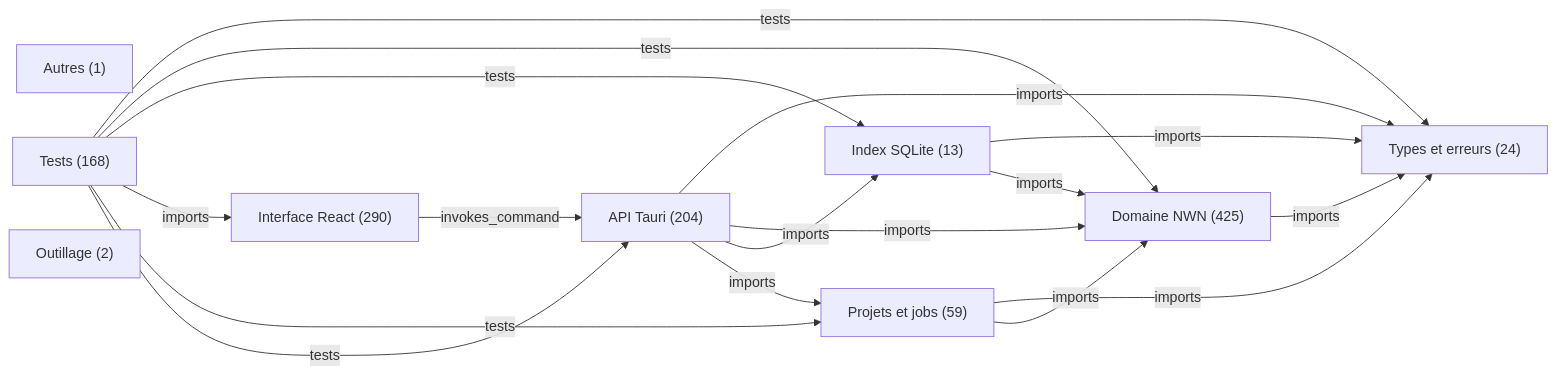
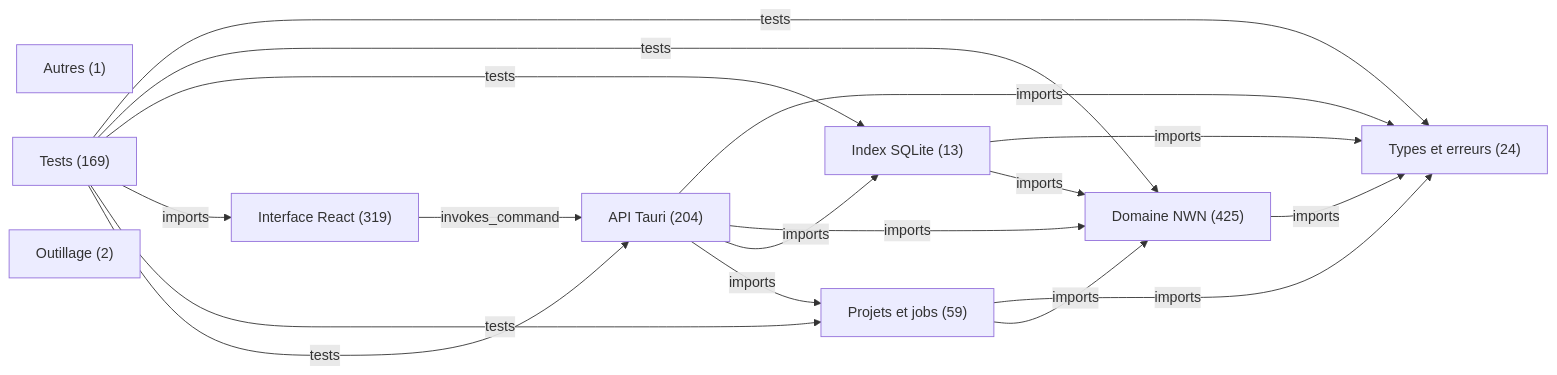
Before and after one commit to Karenax/OpenNever_Forge: the diagram in docs/architecture/overview.mmd, drawn with Mermaid. The commit also changed 1 other file, not shown here.

Commit message:
chore: refresh architecture graph for UX improvements

```diff
--- a/docs/architecture/overview.mmd
+++ b/docs/architecture/overview.mmd
@@ -1,26 +1,26 @@
 flowchart LR
   layer_0["Types et erreurs (24)"]
   layer_1["Domaine NWN (425)"]
   layer_2["Index SQLite (13)"]
-  layer_3["Interface React (290)"]
+  layer_3["Interface React (319)"]
   layer_4["Autres (1)"]
   layer_5["Projets et jobs (59)"]
   layer_6["API Tauri (204)"]
-  layer_7["Tests (168)"]
+  layer_7["Tests (169)"]
   layer_8["Outillage (2)"]
   layer_1 -->|"imports"| layer_0
   layer_2 -->|"imports"| layer_0
   layer_2 -->|"imports"| layer_1
   layer_3 -->|"invokes_command"| layer_6
   layer_5 -->|"imports"| layer_0
   layer_5 -->|"imports"| layer_1
   layer_6 -->|"imports"| layer_0
   layer_6 -->|"imports"| layer_1
   layer_6 -->|"imports"| layer_2
   layer_6 -->|"imports"| layer_5
   layer_7 -->|"tests"| layer_0
   layer_7 -->|"tests"| layer_1
   layer_7 -->|"tests"| layer_2
   layer_7 -->|"imports"| layer_3
   layer_7 -->|"tests"| layer_5
   layer_7 -->|"tests"| layer_6
```
